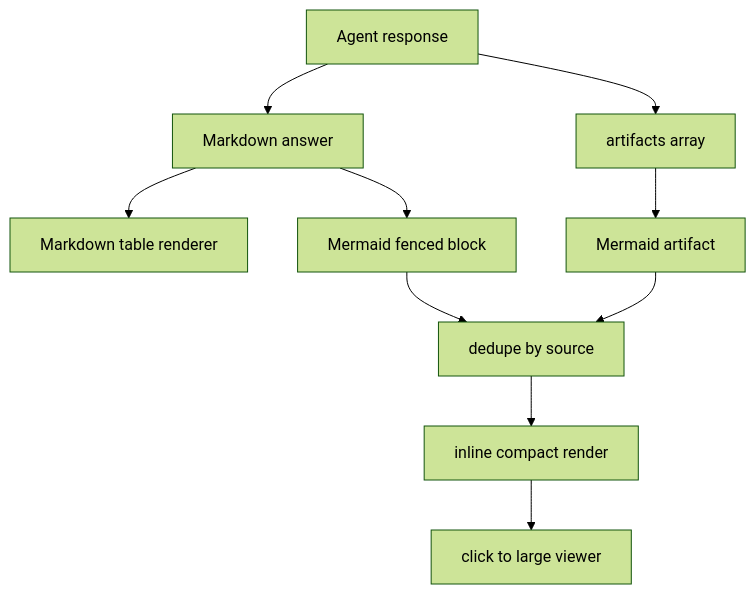
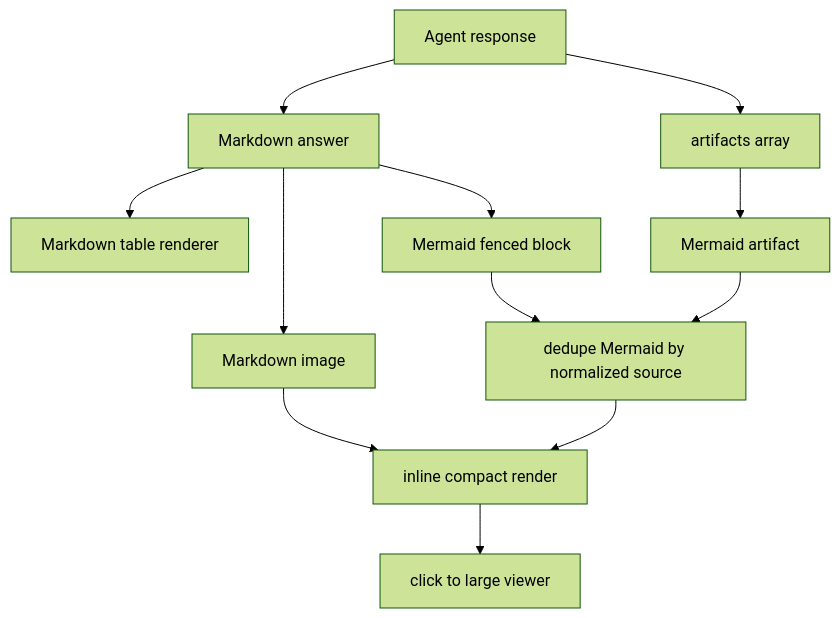
The diagram in data/boi/public/boi-wiki-manual/agent/pet-agent-ux-and-artifacts.md (chokukil/boi-wiki), drawn with Mermaid (forest theme) before and after one commit. The commit also changed other lines of this file and 3 other files, not shown here.

````diff
--- a/data/boi/public/boi-wiki-manual/agent/pet-agent-ux-and-artifacts.md
+++ b/data/boi/public/boi-wiki-manual/agent/pet-agent-ux-and-artifacts.md
@@ -42,12 +43,14 @@
 ```mermaid
 flowchart TD
   RESP["Agent response"] --> MD["Markdown answer"]
   RESP --> ART["artifacts array"]
   MD --> TABLE["Markdown table renderer"]
   MD --> M1["Mermaid fenced block"]
+  MD --> IMG["Markdown image"]
   ART --> M2["Mermaid artifact"]
-  M1 --> DEDUPE["dedupe by source"]
+  M1 --> DEDUPE["dedupe Mermaid by normalized source"]
   M2 --> DEDUPE
+  IMG --> INLINE
   DEDUPE --> INLINE["inline compact render"]
   INLINE --> VIEWER["click to large viewer"]
 ```
````
